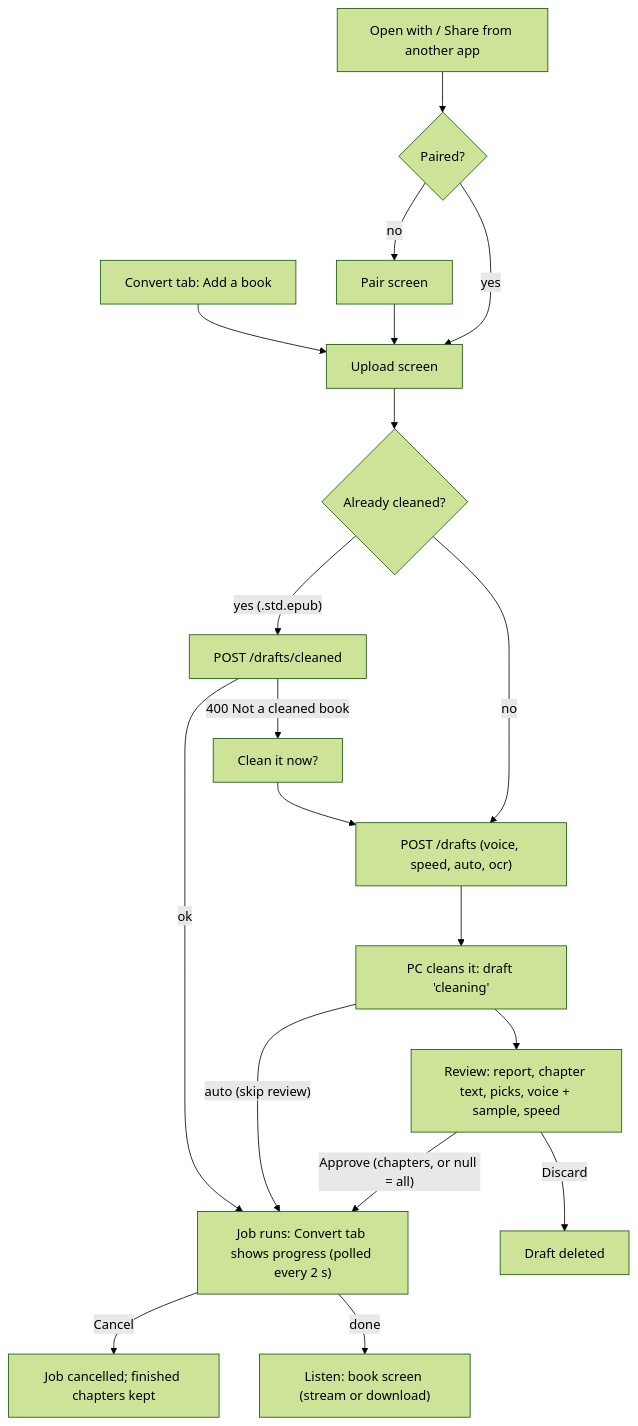
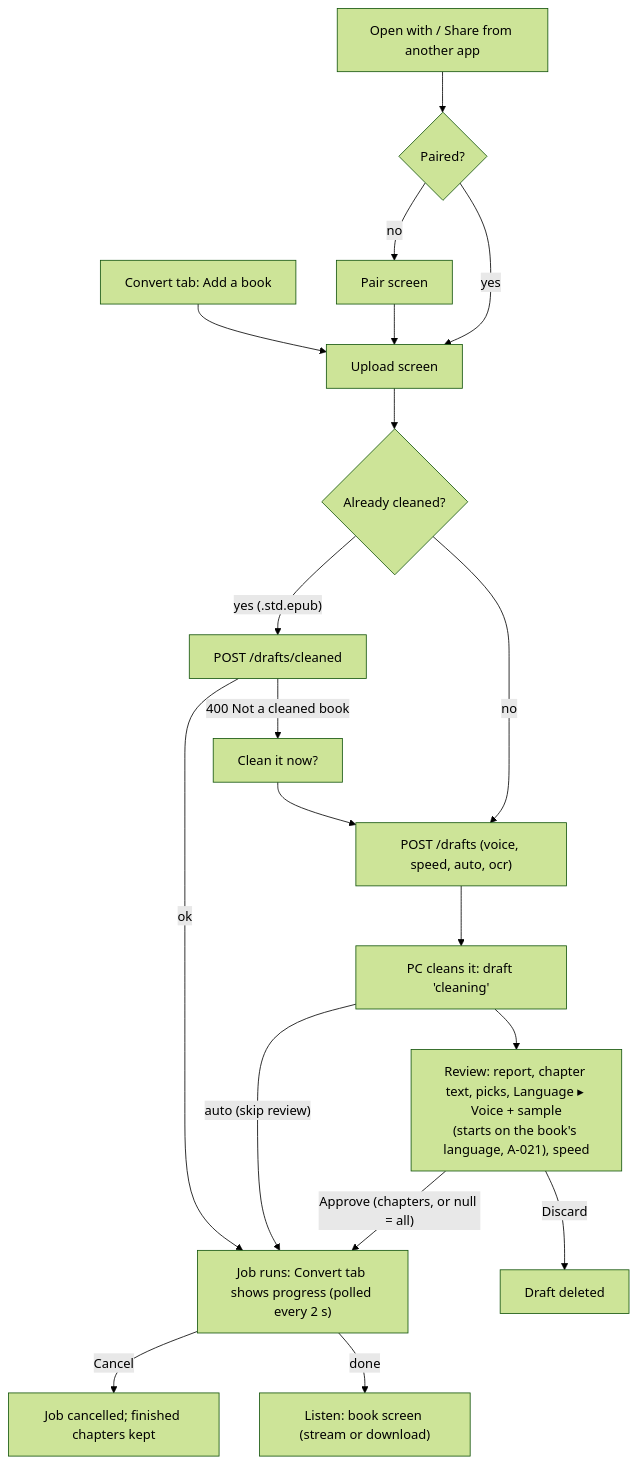
One commit to Fgkl10/ebook-convert-to-audio changed the sixth of 7 diagrams in android/docs/workflow.md. Above: the diagram before and after it, drawn with Mermaid (forest theme). The commit also changed 52 other files, not shown here.

````diff
--- a/android/docs/workflow.md
+++ b/android/docs/workflow.md
@@ -101,19 +101,19 @@
 ```mermaid
 flowchart TD
   A["Convert tab: Add a book"] --> B["Upload screen"]
   O["Open with / Share from another app"] --> P{Paired?}
   P -- no --> PR[Pair screen] --> B
   P -- yes --> B
   B --> C{Already cleaned?}
   C -- "yes (.std.epub)" --> D["POST /drafts/cleaned"]
   D -- "400 Not a cleaned book" --> E["Clean it now?"] --> F
   D -- ok --> J
   C -- no --> F["POST /drafts (voice, speed, auto, ocr)"]
   F --> G["PC cleans it: draft 'cleaning'"]
   G -- "auto (skip review)" --> J
-  G --> H["Review: report, chapter text, picks, voice + sample, speed"]
+  G --> H["Review: report, chapter text, picks, Language ▸ Voice + sample<br/>(starts on the book's language, A-021), speed"]
   H -- "Approve (chapters, or null = all)" --> J["Job runs: Convert tab shows progress (polled every 2 s)"]
   H -- Discard --> X[Draft deleted]
   J -- Cancel --> K["Job cancelled; finished chapters kept"]
   J -- done --> L["Listen: book screen (stream or download)"]
 ```
````
